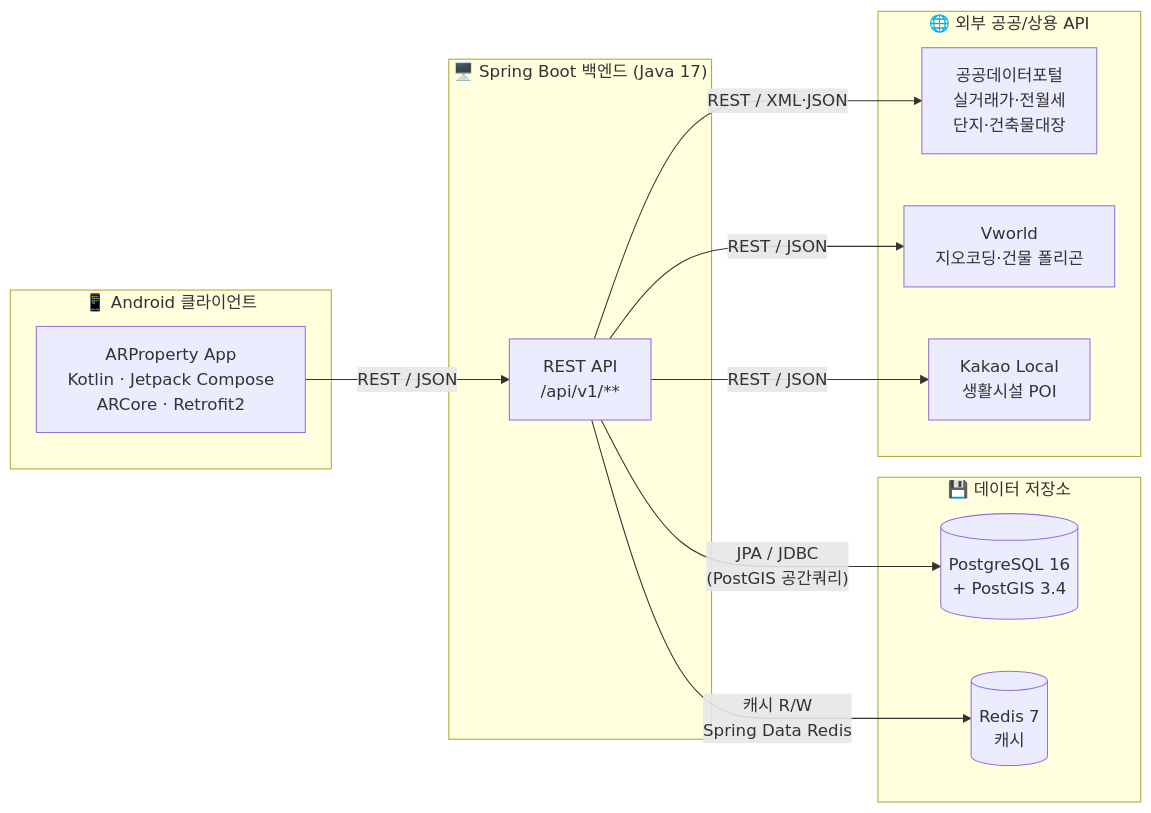
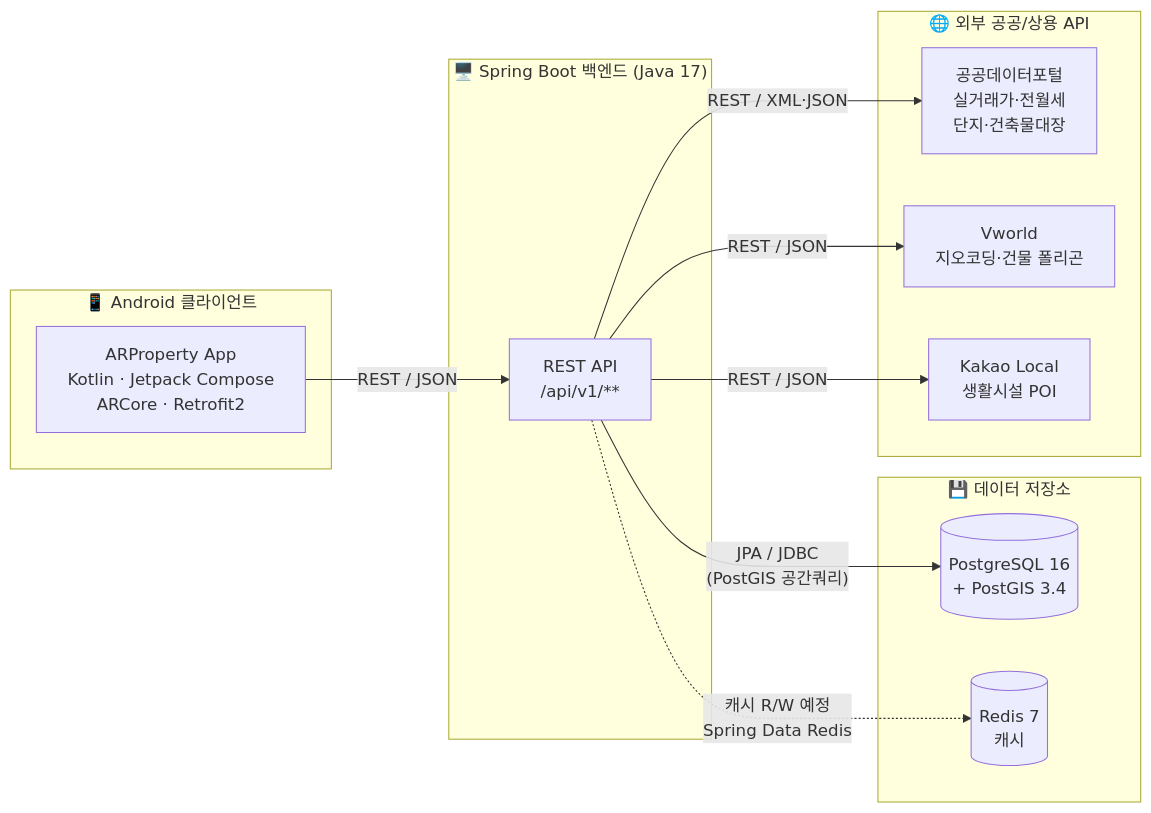
One commit to Facical/ARProperty changed the first of 4 diagrams in docs/backend-architecture.md. Above: the diagram before and after it, drawn with Mermaid. The commit also changed other lines of this file and 42 other files, not shown here.

Commit message:
feat: stabilize Okgye AR demo flow

````diff
--- a/docs/backend-architecture.md
+++ b/docs/backend-architecture.md
@@ -173,28 +178,28 @@
 ```mermaid
 flowchart LR
   subgraph Client["📱 Android 클라이언트"]
     APP["ARProperty App<br/>Kotlin · Jetpack Compose<br/>ARCore · Retrofit2"]
   end
 
   subgraph Backend["🖥️ Spring Boot 백엔드 (Java 17)"]
     API["REST API<br/>/api/v1/**"]
   end
 
   subgraph Storage["💾 데이터 저장소"]
     PG[("PostgreSQL 16<br/>+ PostGIS 3.4")]
     REDIS[("Redis 7<br/>캐시")]
   end
 
   subgraph External["🌐 외부 공공/상용 API"]
     DGK["공공데이터포털<br/>실거래가·전월세<br/>단지·건축물대장"]
     VW["Vworld<br/>지오코딩·건물 폴리곤"]
     KAKAO["Kakao Local<br/>생활시설 POI"]
   end
 
   APP -- "REST / JSON" --> API
   API -- "JPA / JDBC<br/>(PostGIS 공간쿼리)" --> PG
-  API -- "캐시 R/W<br/>Spring Data Redis" --> REDIS
+  API -. "캐시 R/W 예정<br/>Spring Data Redis" .-> REDIS
   API -- "REST / XML·JSON" --> DGK
   API -- "REST / JSON" --> VW
   API -- "REST / JSON" --> KAKAO
 ```
````
